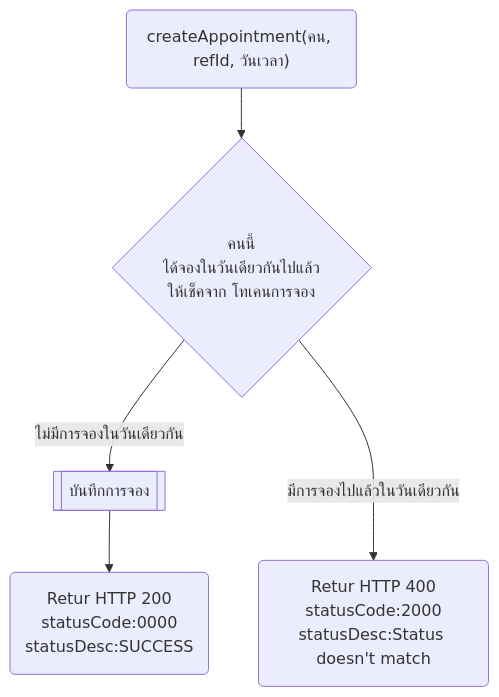
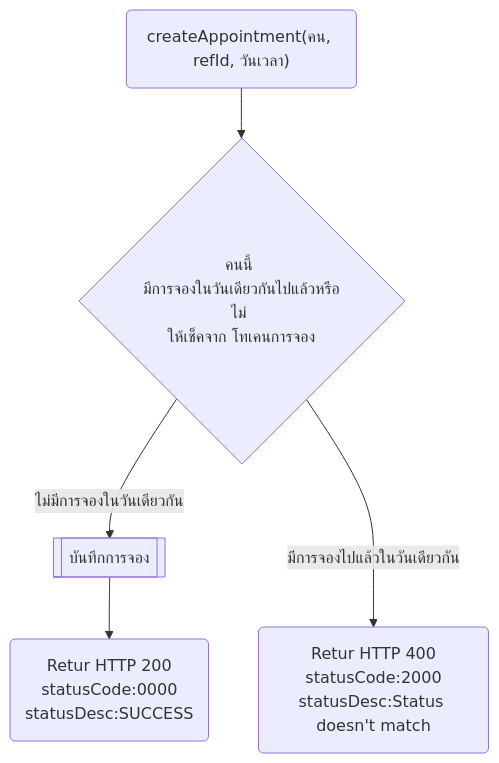
The first of 2 diagrams in ktb-amed/flowchart/createAppointment.md (lionants02/public), drawn with Mermaid before and after one commit.

Commit message:
ปรับ flow

````diff
--- a/ktb-amed/flowchart/createAppointment.md
+++ b/ktb-amed/flowchart/createAppointment.md
@@ -7,12 +7,12 @@
 ```mermaid
 flowchart TD
     s("createAppointment(คน, refId, วันเวลา)")
-    checkTime{"คนนี้ <br>ได้จองในวันเดียวกันไปแล้ว <br>ให้เช็คจาก โทเคนการจอง"}
+    checkTime{"คนนี้ <br>มีการจองในวันเดียวกันไปแล้วหรือไม่ <br>ให้เช็คจาก โทเคนการจอง"}
     record[["บันทึกการจอง"]]
     r("Retur HTTP 200<br>statusCode:0000<br>statusDesc:SUCCESS")
 
     s-->checkTime-->|"ไม่มีการจองในวันเดียวกัน"|record-->r
 
     doubleBooking("Retur HTTP 400<br>statusCode:2000<br>statusDesc:Status doesn't match")
     checkTime--->|"มีการจองไปแล้วในวันเดียวกัน"|doubleBooking
 ```
````
